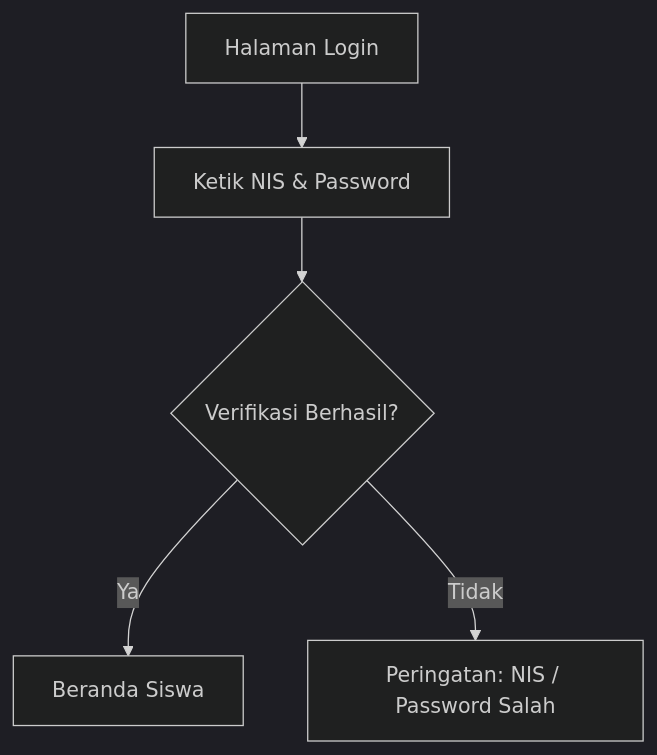
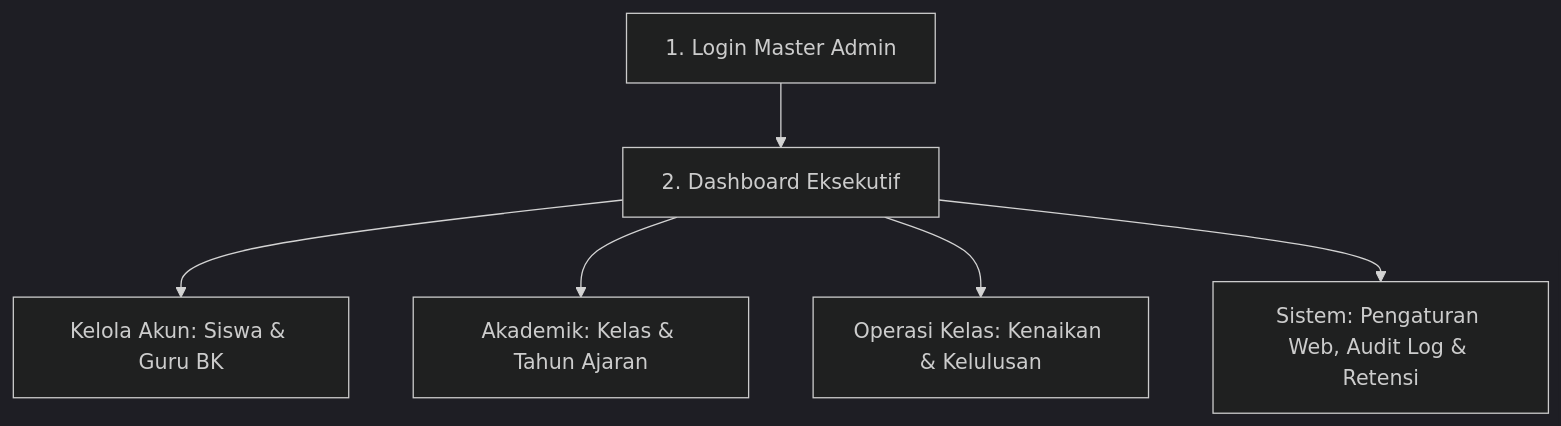
Before and after one commit to MuRaaihan/projectpkm: the first of 5 diagrams in docs/ebook-panduan-pengguna-siperka.md, drawn with Mermaid (dark theme). The commit also changed other lines of this file, not shown here.

````diff
--- a/docs/ebook-panduan-pengguna-siperka.md
+++ b/docs/ebook-panduan-pengguna-siperka.md
@@ -156,7 +83,8 @@
 ```mermaid
 flowchart TD
-    Login[Halaman Login] --> Input[Ketik NIS & Password]
-    Input --> Auth{Verifikasi Berhasil?}
-    Auth -- Ya --> Dashboard[Beranda Siswa]
-    Auth -- Tidak --> Error[Peringatan: NIS / Password Salah]
+    LoginAdmin[1. Login Master Admin] --> DashAdmin[2. Dashboard Eksekutif]
+    DashAdmin --> M1[Kelola Akun: Siswa & Guru BK]
+    DashAdmin --> M2[Akademik: Kelas & Tahun Ajaran]
+    DashAdmin --> M3[Operasi Kelas: Kenaikan & Kelulusan]
+    DashAdmin --> M4[Sistem: Pengaturan Web, Audit Log & Retensi]
 ```
````
